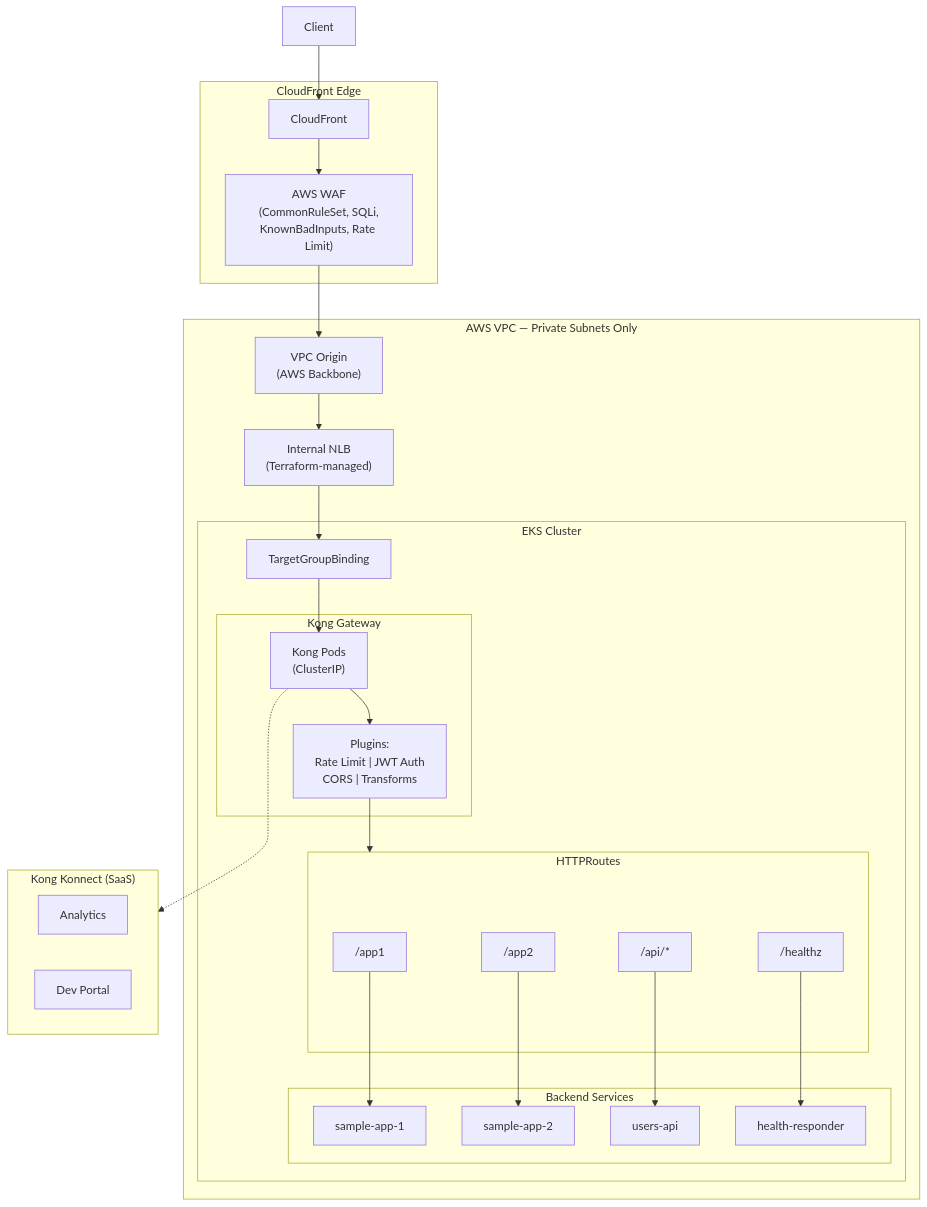
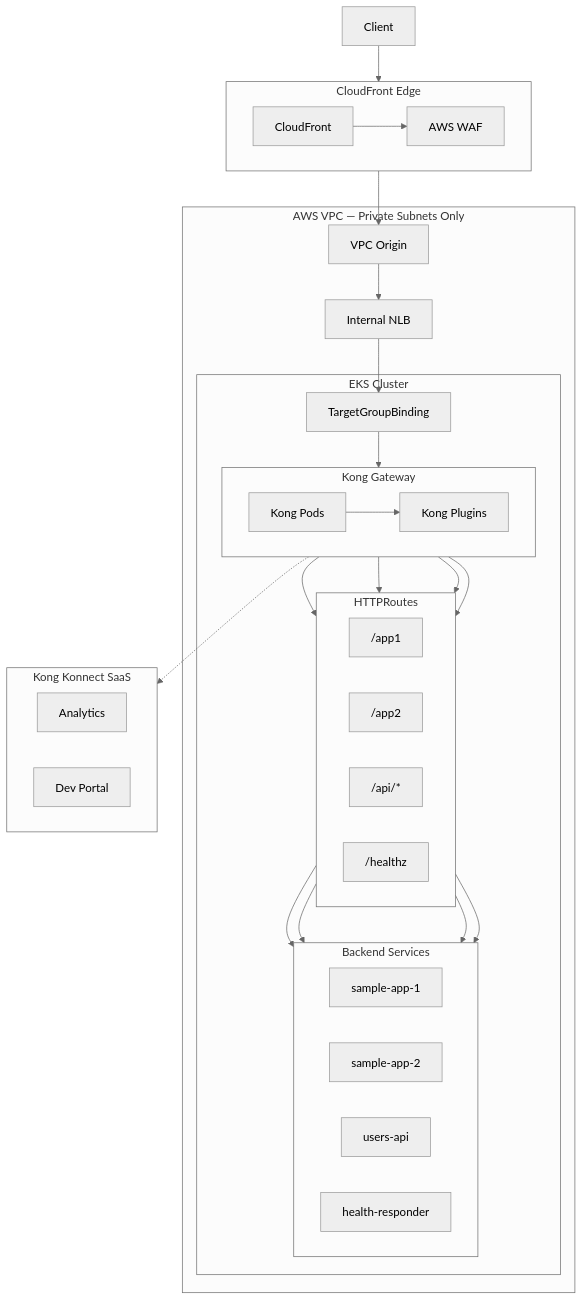
One commit to shanaka-versent/EKS-Kong-GatewayAPI-Demo changed the third of 12 diagrams in README.md. Above: the diagram before and after it, drawn with Mermaid. The commit also changed other lines of this file, not shown here.

First line of the commit message:
Update all Mermaid diagrams: grayscale theme, horizontal alignment, clean labels

````diff
--- a/README.md
+++ b/README.md
@@ -104,56 +98,62 @@
 ```mermaid
+%%{init: {'theme': 'neutral'}}%%
 flowchart TB
     Client["Client"]
 
     subgraph Edge["CloudFront Edge"]
+        direction LR
         CF["CloudFront"]
-        WAF["AWS WAF\n(CommonRuleSet, SQLi,\nKnownBadInputs, Rate Limit)"]
+        WAF["AWS WAF"]
     end
 
     subgraph VPC["AWS VPC — Private Subnets Only"]
-        VPCOrigin["VPC Origin\n(AWS Backbone)"]
-        NLB["Internal NLB\n(Terraform-managed)"]
+        VPCOrigin["VPC Origin"]
+        NLB["Internal NLB"]
 
         subgraph EKS["EKS Cluster"]
             TGB["TargetGroupBinding"]
 
             subgraph KongNS["Kong Gateway"]
-                Kong["Kong Pods\n(ClusterIP)"]
-                Plugins["Plugins:\nRate Limit | JWT Auth\nCORS | Transforms"]
+                direction LR
+                Kong["Kong Pods"]
+                Plugins["Kong Plugins"]
             end
 
             subgraph Routes["HTTPRoutes"]
+                direction LR
                 R1["/app1"]
                 R2["/app2"]
                 R3["/api/*"]
                 R4["/healthz"]
             end
 
             subgraph Apps["Backend Services"]
+                direction LR
                 App1["sample-app-1"]
                 App2["sample-app-2"]
                 API["users-api"]
                 Health["health-responder"]
             end
         end
     end
 
-    subgraph Konnect["Kong Konnect (SaaS)"]
+    subgraph Konnect["Kong Konnect SaaS"]
+        direction LR
         Analytics["Analytics"]
         Portal["Dev Portal"]
     end
 
     Client --> CF
     CF --> WAF
     WAF --> VPCOrigin
     VPCOrigin --> NLB
     NLB --> TGB
     TGB --> Kong
     Kong --> Plugins
-    Plugins --> Routes
+    Plugins --> R1 & R2 & R3 & R4
     R1 --> App1
     R2 --> App2
     R3 --> API
     R4 --> Health
-    Kong -..-> Konnect
+    Kong -.-> Konnect
 ```
````
